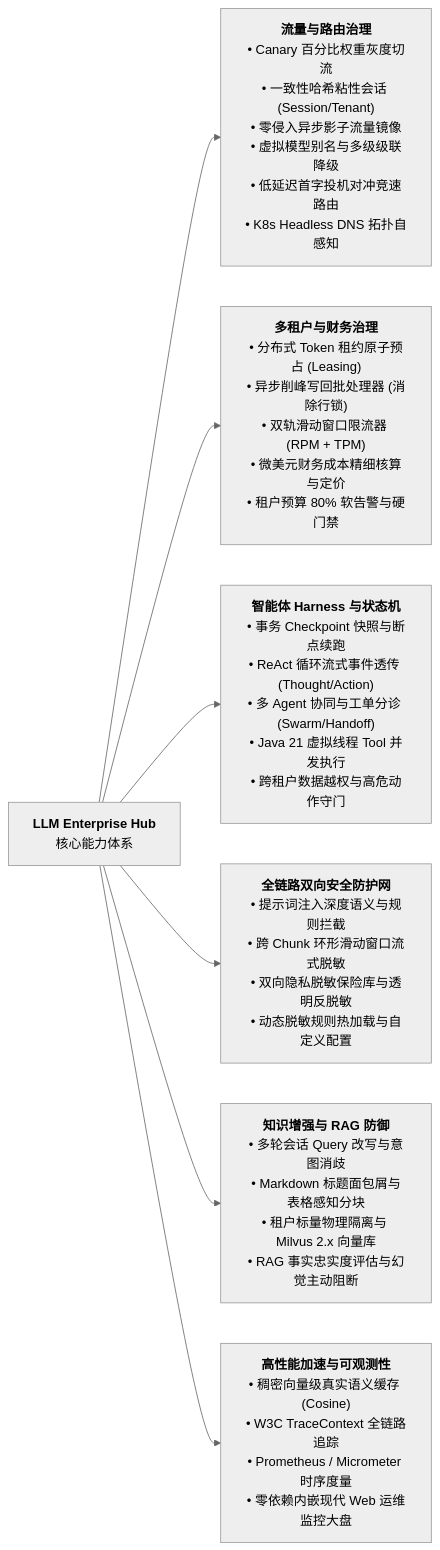
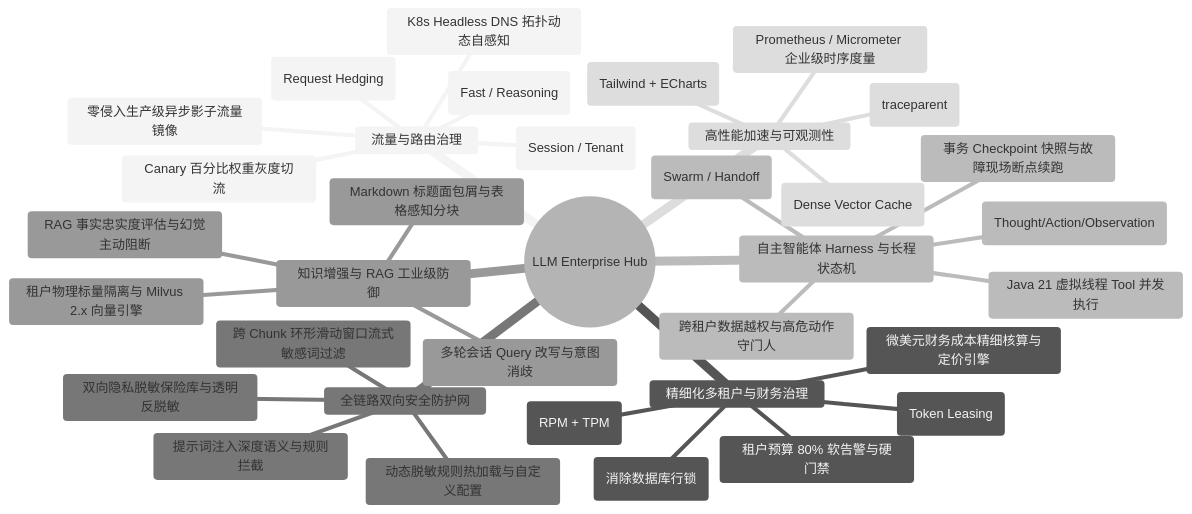
Before and after one commit to u8u7u87/llm-enterprise-hub: the second of 2 diagrams in README.md, drawn with Mermaid (neutral theme). The commit also changed other lines of this file and 1 other file, not shown here.

Commit message:
docs: restore original mindmap for capabilities and upgrade Ecosystem Positioning to modern Left-to-Right styled pipeline topology

````diff
--- a/README.md
+++ b/README.md
@@ -127,18 +161,38 @@
 ```mermaid
-flowchart LR
-    Hub["<b>LLM Enterprise Hub</b><br>核心能力体系"]
-
-    N1["<b>流量与路由治理</b><br>• Canary 百分比权重灰度切流<br>• 一致性哈希粘性会话 (Session/Tenant)<br>• 零侵入异步影子流量镜像<br>• 虚拟模型别名与多级级联降级<br>• 低延迟首字投机对冲竞速路由<br>• K8s Headless DNS 拓扑自感知"]
-    N2["<b>多租户与财务治理</b><br>• 分布式 Token 租约原子预占 (Leasing)<br>• 异步削峰写回批处理器 (消除行锁)<br>• 双轨滑动窗口限流器 (RPM + TPM)<br>• 微美元财务成本精细核算与定价<br>• 租户预算 80% 软告警与硬门禁"]
-    N3["<b>智能体 Harness 与状态机</b><br>• 事务 Checkpoint 快照与断点续跑<br>• ReAct 循环流式事件透传 (Thought/Action)<br>• 多 Agent 协同与工单分诊 (Swarm/Handoff)<br>• Java 21 虚拟线程 Tool 并发执行<br>• 跨租户数据越权与高危动作守门"]
-    N4["<b>全链路双向安全防护网</b><br>• 提示词注入深度语义与规则拦截<br>• 跨 Chunk 环形滑动窗口流式脱敏<br>• 双向隐私脱敏保险库与透明反脱敏<br>• 动态脱敏规则热加载与自定义配置"]
-    N5["<b>知识增强与 RAG 防御</b><br>• 多轮会话 Query 改写与意图消歧<br>• Markdown 标题面包屑与表格感知分块<br>• 租户标量物理隔离与 Milvus 2.x 向量库<br>• RAG 事实忠实度评估与幻觉主动阻断"]
-    N6["<b>高性能加速与可观测性</b><br>• 稠密向量级真实语义缓存 (Cosine)<br>• W3C TraceContext 全链路追踪<br>• Prometheus / Micrometer 时序度量<br>• 零依赖内嵌现代 Web 运维监控大盘"]
-
-    Hub --> N1
-    Hub --> N2
-    Hub --> N3
-    Hub --> N4
-    Hub --> N5
-    Hub --> N6
+mindmap
+  root((LLM Enterprise Hub))
+    流量与路由治理
+      Canary 百分比权重灰度切流
+      一致性哈希粘性会话 (Session / Tenant)
+      零侵入生产级异步影子流量镜像
+      虚拟模型别名与多级级联降级 (Fast / Reasoning)
+      低延迟首字投机对冲竞速路由 (Request Hedging)
+      K8s Headless DNS 拓扑动态自感知
+    精细化多租户与财务治理
+      分布式 Token 租约原子预占 (Token Leasing)
+      异步削峰写回批处理器 (消除数据库行锁)
+      双轨滑动窗口限流器 (RPM + TPM)
+      微美元财务成本精细核算与定价引擎
+      租户预算 80% 软告警与硬门禁
+    自主智能体 Harness 与长程状态机
+      事务 Checkpoint 快照与故障现场断点续跑
+      ReAct 循环流式事件透传 (Thought/Action/Observation)
+      多 Agent 协同工作流与工单分诊 (Swarm / Handoff)
+      Java 21 虚拟线程 Tool 并发执行
+      跨租户数据越权与高危动作守门人
+    全链路双向安全防护网
+      提示词注入深度语义与规则拦截
+      跨 Chunk 环形滑动窗口流式敏感词过滤
+      双向隐私脱敏保险库与透明反脱敏
+      动态脱敏规则热加载与自定义配置
+    知识增强与 RAG 工业级防御
+      多轮会话 Query 改写与意图消歧
+      Markdown 标题面包屑与表格感知分块
+      租户物理标量隔离与 Milvus 2.x 向量引擎
+      RAG 事实忠实度评估与幻觉主动阻断
+    高性能加速与可观测性
+      稠密向量级真实语义缓存 (Dense Vector Cache)
+      W3C TraceContext 全链路追踪 (traceparent)
+      Prometheus / Micrometer 企业级时序度量
+      零依赖内嵌现代 Web 运维监控大盘 (Tailwind + ECharts)
 ```
````
